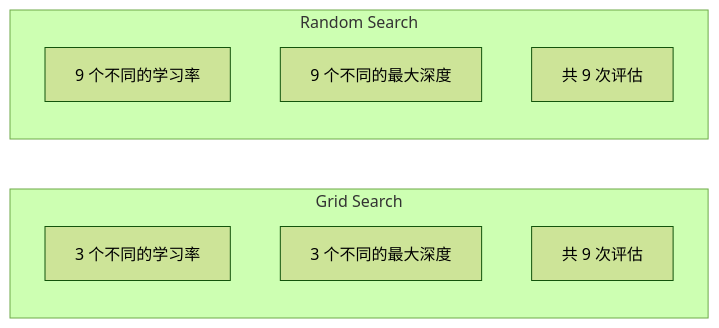
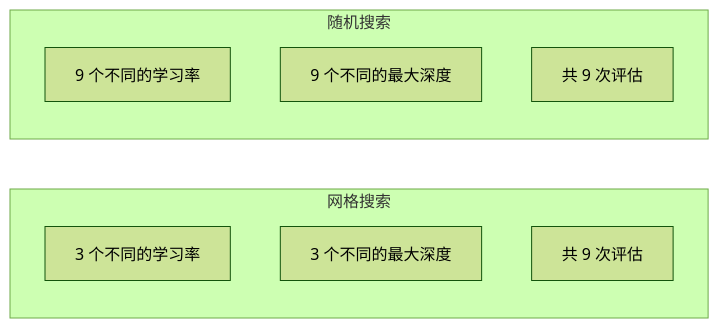
Before and after one commit to alessandrodinisio-ai/ai-engineering-learning-framework: the first of 4 diagrams in phases/02-ml-fundamentals/12-hyperparameter-tuning/docs/zh.md, drawn with Mermaid (forest theme). The commit also changed 120 other files, not shown here.

First line of the commit message:
i18n(mermaid): 337 个 mermaid 图表标签中文化

````diff
--- a/phases/02-ml-fundamentals/12-hyperparameter-tuning/docs/zh.md
+++ b/phases/02-ml-fundamentals/12-hyperparameter-tuning/docs/zh.md
@@ -61,14 +61,14 @@
 ```mermaid
 flowchart LR
-    subgraph Grid Search
+    subgraph GS["网格搜索"]
         G1[3 个不同的学习率]
         G2[3 个不同的最大深度]
         G3[共 9 次评估]
     end
 
-    subgraph Random Search
+    subgraph RS["随机搜索"]
         R1[9 个不同的学习率]
         R2[9 个不同的最大深度]
         R3[共 9 次评估]
     end
 ```
````
